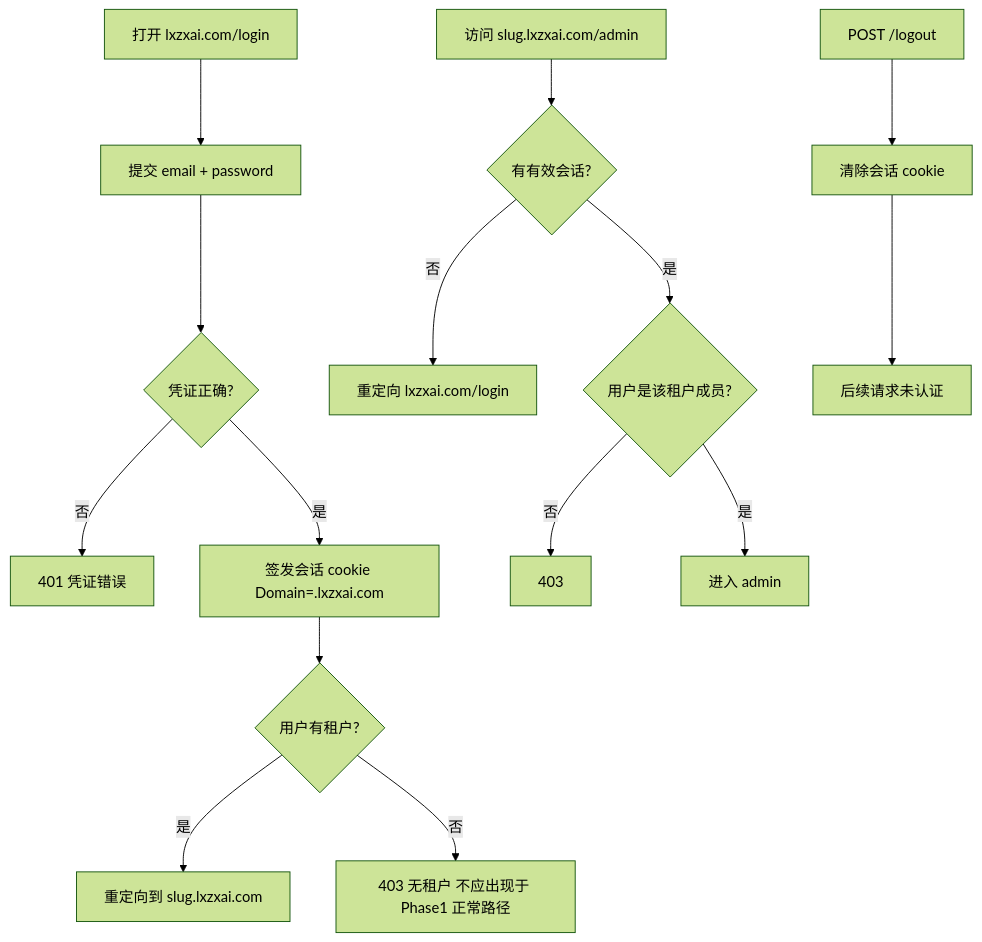
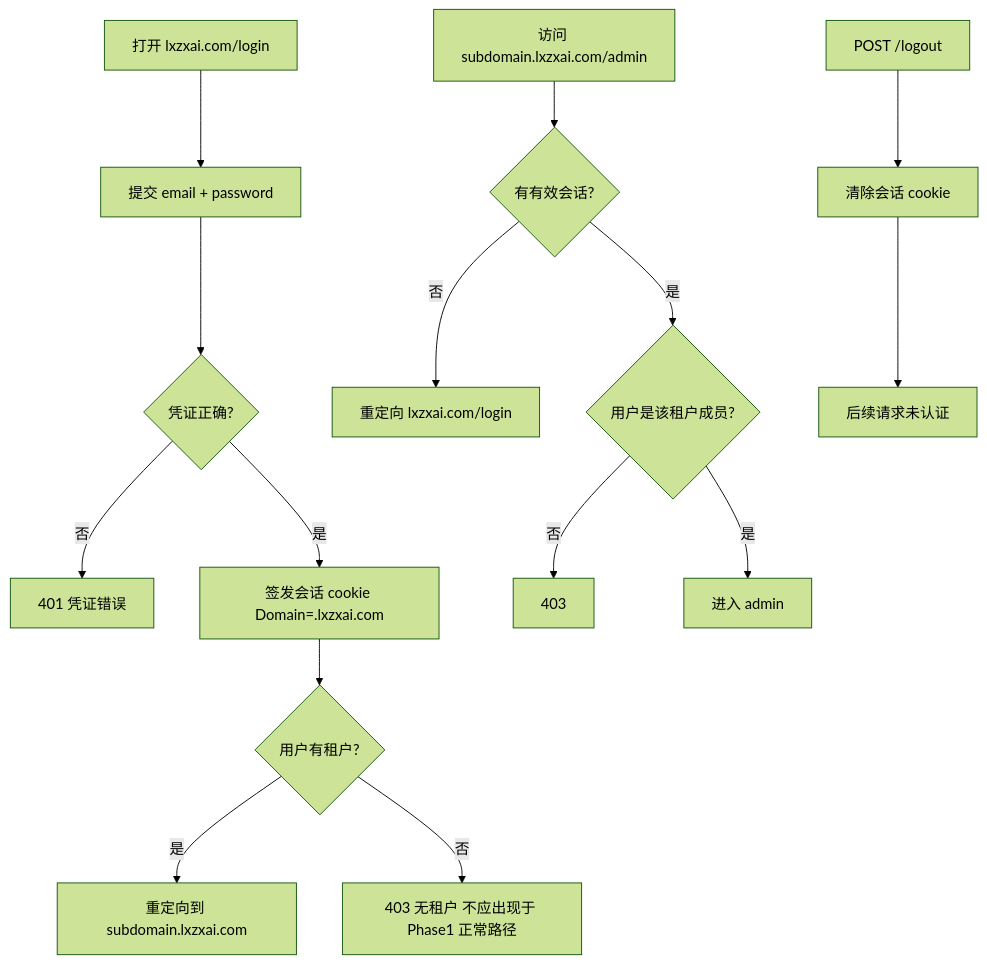
Before and after one commit to zmisi/rag-as-service: the diagram in docs/specs/phase1/features/F02-email-auth.md, drawn with Mermaid (forest theme). The commit also changed other lines of this file and 22 other files, not shown here.

````diff
--- a/docs/specs/phase1/features/F02-email-auth.md
+++ b/docs/specs/phase1/features/F02-email-auth.md
@@ -30,19 +30,19 @@
 ```mermaid
 flowchart TD
   A[打开 lxzxai.com/login] --> B[提交 email + password]
   B --> C{凭证正确?}
   C -->|否| E1[401 凭证错误]
   C -->|是| D[签发会话 cookie Domain=.lxzxai.com]
   D --> E{用户有租户?}
-  E -->|是| F[重定向到 slug.lxzxai.com]
+  E -->|是| F[重定向到 subdomain.lxzxai.com]
   E -->|否| E2[403 无租户 不应出现于 Phase1 正常路径]
 
-  G[访问 slug.lxzxai.com/admin] --> H{有有效会话?}
+  G[访问 subdomain.lxzxai.com/admin] --> H{有有效会话?}
   H -->|否| I[重定向 lxzxai.com/login]
   H -->|是| J{用户是该租户成员?}
   J -->|否| K[403]
   J -->|是| L[进入 admin]
 
   M[POST /logout] --> N[清除会话 cookie]
   N --> O[后续请求未认证]
 ```
````
